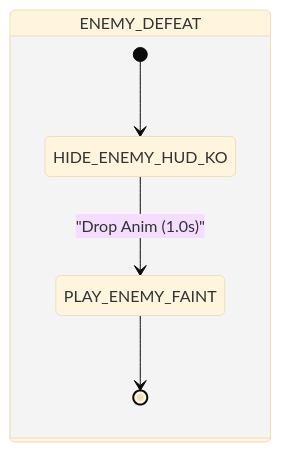
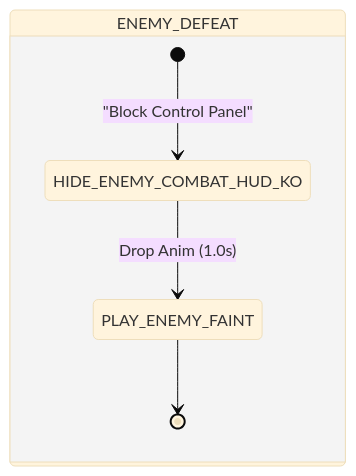
One commit to Darkham77/PokeBorrador changed the seventh of 18 diagrams in .agents/skills/project-standards/references/battle/battle_mechanics_manual.md. Above: the diagram before and after it, drawn with Mermaid (base theme). The commit also changed other lines of this file and 43 other files, not shown here.

````diff
--- a/.agents/skills/project-standards/references/battle/battle_mechanics_manual.md
+++ b/.agents/skills/project-standards/references/battle/battle_mechanics_manual.md
@@ -500,8 +536,8 @@
 ```mermaid
 stateDiagram-v2
     state ENEMY_DEFEAT {
-        [*] --> HIDE_ENEMY_HUD_KO
-        HIDE_ENEMY_HUD_KO --> PLAY_ENEMY_FAINT: "Drop Anim (1.0s)"
+        [*] --> HIDE_ENEMY_COMBAT_HUD_KO : "Block Control Panel"
+        HIDE_ENEMY_COMBAT_HUD_KO --> PLAY_ENEMY_FAINT : Drop Anim (1.0s)
         PLAY_ENEMY_FAINT --> [*]
     }
 ```
````
